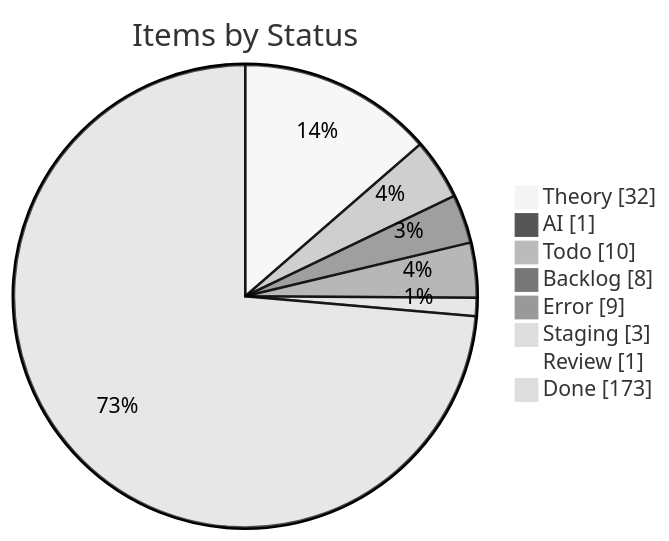
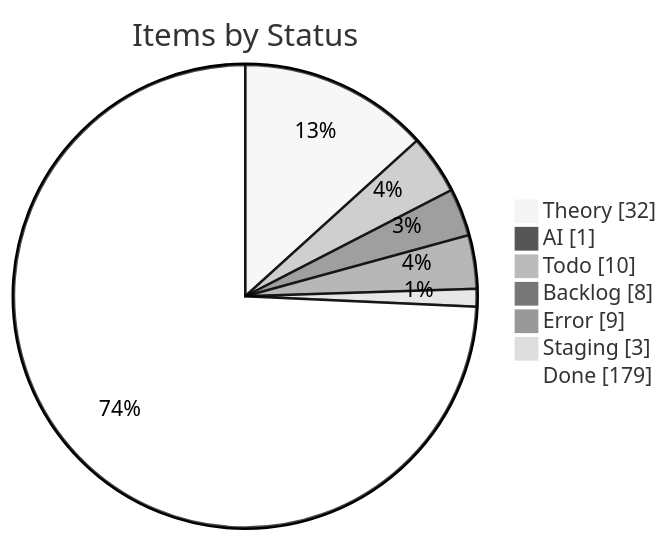
Before and after one commit to KBVE/kbve: the first of 4 diagrams in apps/kbve/astro-kbve/src/content/docs/dashboard/kanban-data.mdx, drawn with Mermaid (neutral theme). The commit also changed other lines of this file and 8 other files, not shown here.

````diff
--- a/apps/kbve/astro-kbve/src/content/docs/dashboard/kanban-data.mdx
+++ b/apps/kbve/astro-kbve/src/content/docs/dashboard/kanban-data.mdx
@@ -55,12 +55,11 @@
 ```mermaid
 pie showData
     title Items by Status
     "Theory" : 32
     "AI" : 1
     "Todo" : 10
     "Backlog" : 8
     "Error" : 9
     "Staging" : 3
-    "Review" : 1
-    "Done" : 173
+    "Done" : 179
 ```
````
